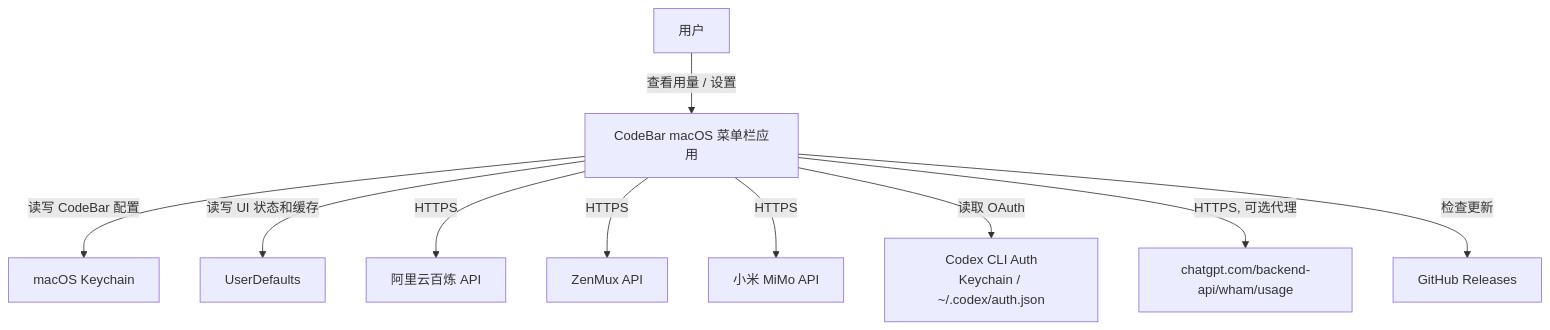
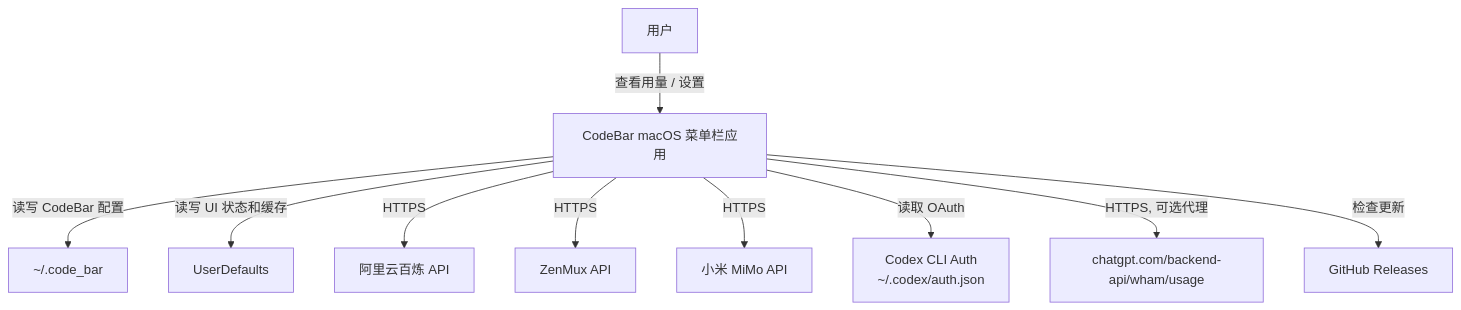
Before and after one commit to wayyoungboy/code_bar: the first of 6 diagrams in docs/uml-diagrams.md, drawn with Mermaid. The commit also changed other lines of this file and 25 other files, not shown here.

````diff
--- a/docs/uml-diagrams.md
+++ b/docs/uml-diagrams.md
@@ -7,23 +7,23 @@
 ```mermaid
 flowchart TB
     User["用户"]
     CodeBar["CodeBar macOS 菜单栏应用"]
-    Keychain["macOS Keychain"]
+    FileStore["~/.code_bar"]
     Defaults["UserDefaults"]
     Bailian["阿里云百炼 API"]
     ZenMux["ZenMux API"]
     Mimo["小米 MiMo API"]
-    CodexAuth["Codex CLI Auth\nKeychain / ~/.codex/auth.json"]
+    CodexAuth["Codex CLI Auth\n~/.codex/auth.json"]
     ChatGPT["chatgpt.com/backend-api/wham/usage"]
     GitHub["GitHub Releases"]
 
     User -->|查看用量 / 设置| CodeBar
-    CodeBar -->|读写 CodeBar 配置| Keychain
+    CodeBar -->|读写 CodeBar 配置| FileStore
     CodeBar -->|读写 UI 状态和缓存| Defaults
     CodeBar -->|HTTPS| Bailian
     CodeBar -->|HTTPS| ZenMux
     CodeBar -->|HTTPS| Mimo
     CodeBar -->|读取 OAuth| CodexAuth
     CodeBar -->|HTTPS, 可选代理| ChatGPT
     CodeBar -->|检查更新| GitHub
 ```
````
